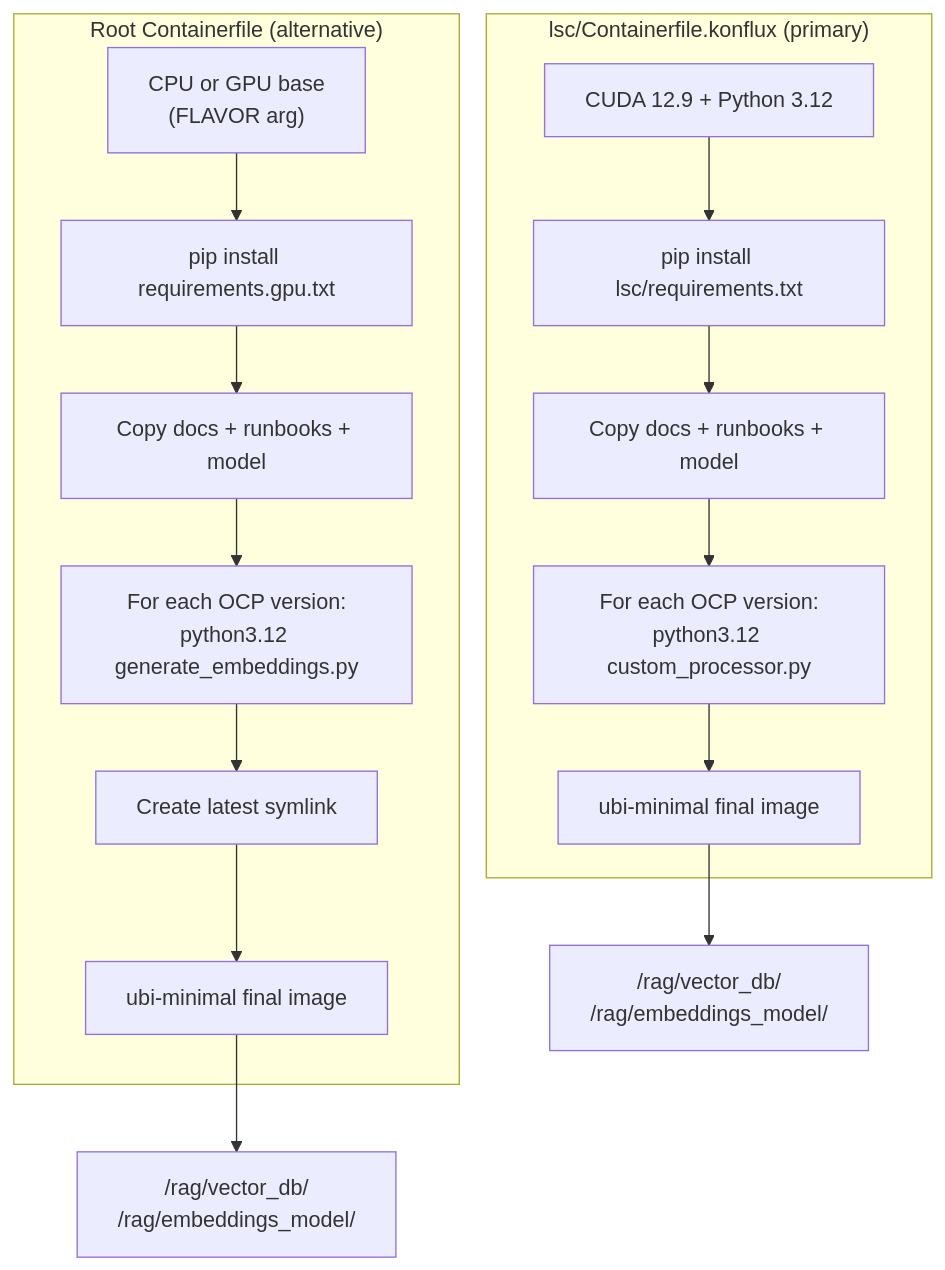
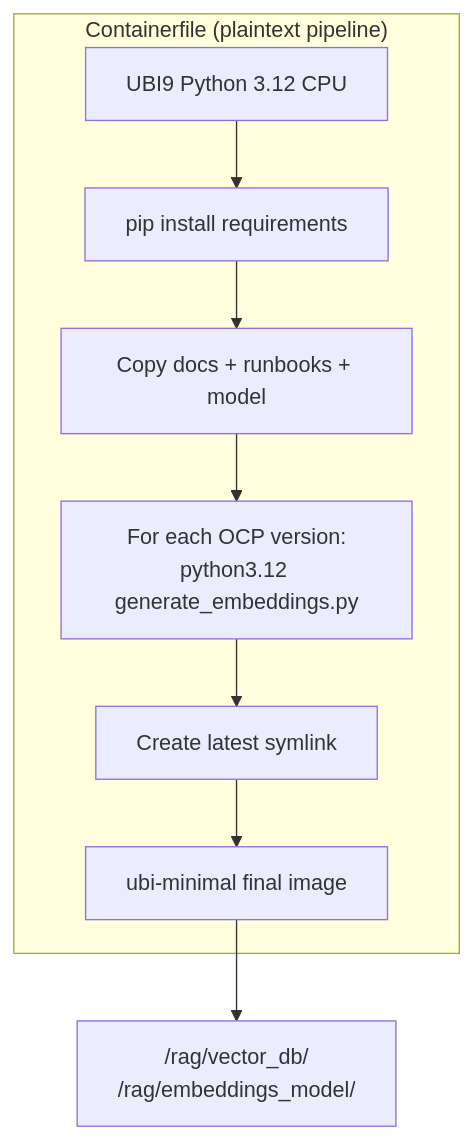
Before and after one commit to red-hat-storage/lightspeed-rag-content: the third of 4 diagrams in ARCHITECTURE.md, drawn with Mermaid. The commit also changed other lines of this file and 71 other files, not shown here.

````diff
--- a/ARCHITECTURE.md
+++ b/ARCHITECTURE.md
@@ -72,20 +65,12 @@
 ```mermaid
 graph TD
-    subgraph "lsc/Containerfile.konflux (primary)"
-        B1_BASE[CUDA 12.9 + Python 3.12] --> B1_DEPS[pip install lsc/requirements.txt]
-        B1_DEPS --> B1_COPY[Copy docs + runbooks + model]
-        B1_COPY --> B1_LOOP["For each OCP version:<br/>python3.12 custom_processor.py"]
-        B1_LOOP --> B1_FINAL[ubi-minimal final image]
+    subgraph "Containerfile (plaintext pipeline)"
+        B_BASE[UBI9 Python 3.12 CPU] --> B_DEPS[pip install requirements]
+        B_DEPS --> B_COPY[Copy docs + runbooks + model]
+        B_COPY --> B_LOOP["For each OCP version:<br/>python3.12 generate_embeddings.py"]
+        B_LOOP --> B_LINK[Create latest symlink]
+        B_LINK --> B_FINAL[ubi-minimal final image]
     end
 
-    subgraph "Root Containerfile (alternative)"
-        B2_BASE["CPU or GPU base<br/>(FLAVOR arg)"] --> B2_DEPS[pip install requirements.gpu.txt]
-        B2_DEPS --> B2_COPY[Copy docs + runbooks + model]
-        B2_COPY --> B2_LOOP["For each OCP version:<br/>python3.12 generate_embeddings.py"]
-        B2_LOOP --> B2_LINK[Create latest symlink]
-        B2_LINK --> B2_FINAL[ubi-minimal final image]
-    end
-
-    B1_FINAL --> IMG1["/rag/vector_db/<br/>/rag/embeddings_model/"]
-    B2_FINAL --> IMG2["/rag/vector_db/<br/>/rag/embeddings_model/"]
+    B_FINAL --> IMG["/rag/vector_db/<br/>/rag/embeddings_model/"]
 ```
````
